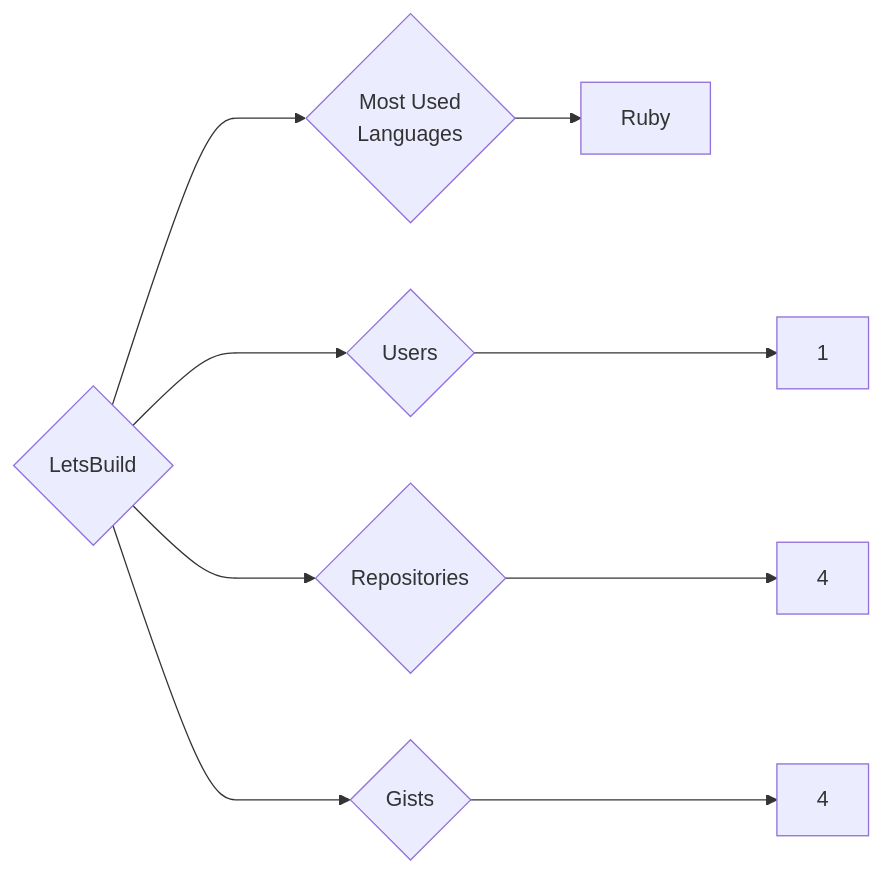
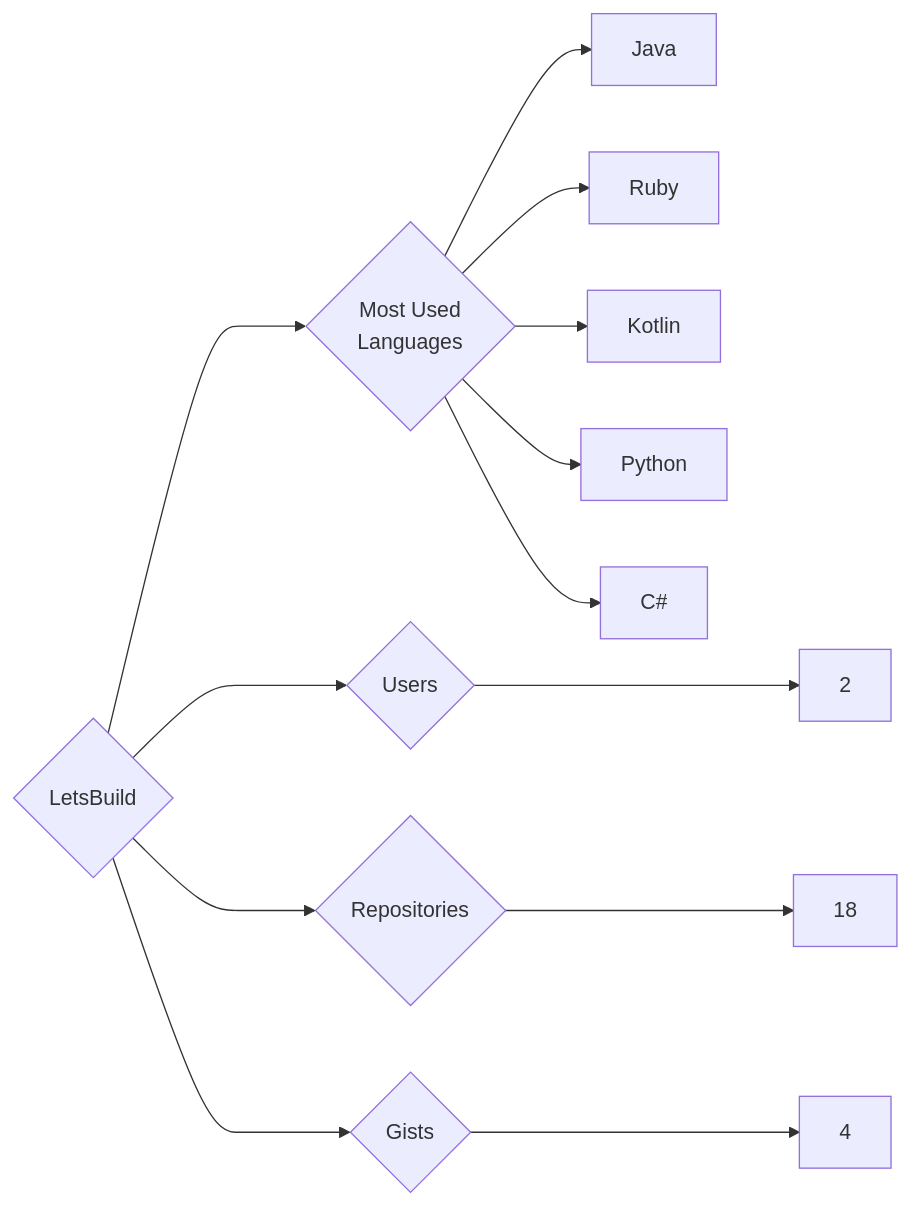
One commit to trickest/insiders changed the diagram in targets/LetsBuild/README.md. Above: the diagram before and after it, drawn with Mermaid. The commit also changed 888 other files, not shown here.

````diff
--- a/targets/LetsBuild/README.md
+++ b/targets/LetsBuild/README.md
@@ -3,9 +3,13 @@
 ```mermaid
 graph LR
 COMPANY_NAME{LetsBuild}
-COMPANY_NAME ---> U{Users} ---> UN[1]
-COMPANY_NAME ---> R{Repositories} ---> RN[4]
+COMPANY_NAME ---> U{Users} ---> UN[2]
+COMPANY_NAME ---> R{Repositories} ---> RN[18]
 COMPANY_NAME ---> G{Gists} ---> GN[4]
 COMPANY_NAME ---> ML{Most Used<br>Languages}
+ML --> Java[Java]
 ML --> Ruby[Ruby]
+ML --> Kotlin[Kotlin]
+ML --> Python[Python]
+ML --> C#[C#]
 ```
````
